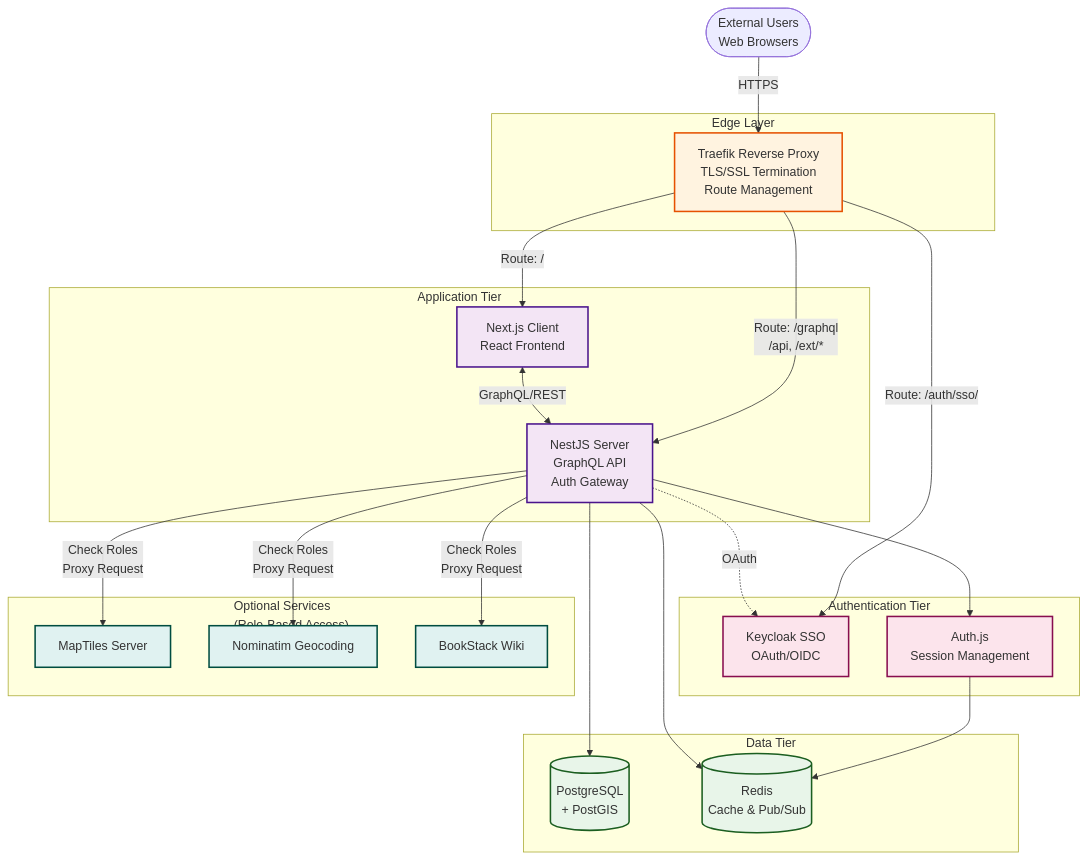
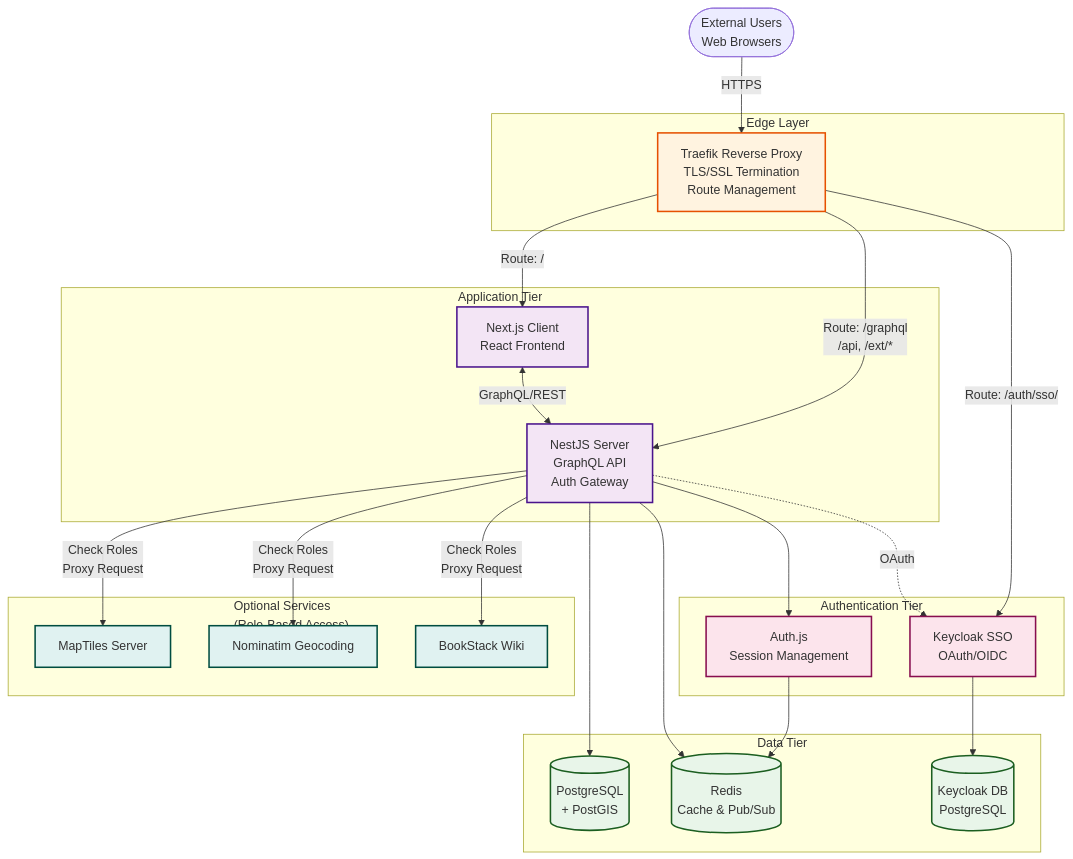
The first of 6 diagrams in README.md (VOLTTRON/volttron-pnnl-aems), drawn with Mermaid before and after one commit. The commit also changed other lines of this file and 162 other files, not shown here.

````diff
--- a/README.md
+++ b/README.md
@@ -152,58 +148,60 @@
 ```mermaid
 graph TB
     Users([External Users<br/>Web Browsers])
     
     subgraph Edge["Edge Layer"]
         Proxy[Traefik Reverse Proxy<br/>TLS/SSL Termination<br/>Route Management]
     end
     
     subgraph AppTier["Application Tier"]
         Client[Next.js Client<br/>React Frontend]
         Server[NestJS Server<br/>GraphQL API<br/>Auth Gateway]
     end
     
     subgraph AuthTier["Authentication Tier"]
         Keycloak[Keycloak SSO<br/>OAuth/OIDC]
         AuthJS[Auth.js<br/>Session Management]
     end
     
     subgraph DataTier["Data Tier"]
         Database[(PostgreSQL<br/>+ PostGIS)]
         Redis[(Redis<br/>Cache & Pub/Sub)]
+        KeycloakDB[(Keycloak DB<br/>PostgreSQL)]
     end
     
     subgraph Optional["Optional Services<br/>(Role-Based Access)"]
         Maps[MapTiles Server]
         Geocode[Nominatim Geocoding]
         Wiki[BookStack Wiki]
     end
     
     Users -->|HTTPS| Proxy
     Proxy -->|Route: /| Client
     Proxy -->|Route: /graphql<br/>/api, /ext/*| Server
     Proxy -->|Route: /auth/sso/| Keycloak
     
     Client <-->|GraphQL/REST| Server
     Server --> AuthJS
     Server -.->|OAuth| Keycloak
+    Keycloak --> KeycloakDB
     AuthJS --> Redis
     
     Server -->|Check Roles<br/>Proxy Request| Maps
     Server -->|Check Roles<br/>Proxy Request| Geocode
     Server -->|Check Roles<br/>Proxy Request| Wiki
     
     Server --> Database
     Server --> Redis
     
     classDef edge fill:#fff3e0,stroke:#e65100,stroke-width:2px
     classDef app fill:#f3e5f5,stroke:#4a148c,stroke-width:2px
     classDef auth fill:#fce4ec,stroke:#880e4f,stroke-width:2px
     classDef data fill:#e8f5e9,stroke:#1b5e20,stroke-width:2px
     classDef optional fill:#e0f2f1,stroke:#004d40,stroke-width:2px
     
     class Proxy edge
     class Client,Server app
     class Keycloak,AuthJS auth
-    class Database,Redis data
+    class Database,Redis,KeycloakDB data
     class Maps,Geocode,Wiki optional
 ```
````
